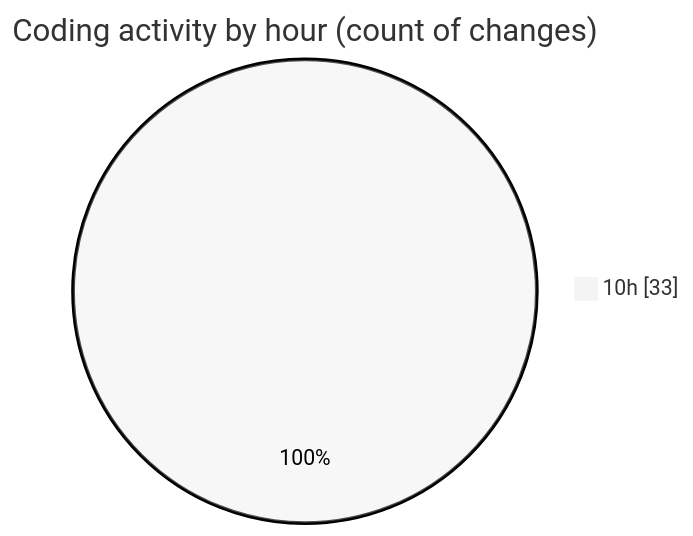
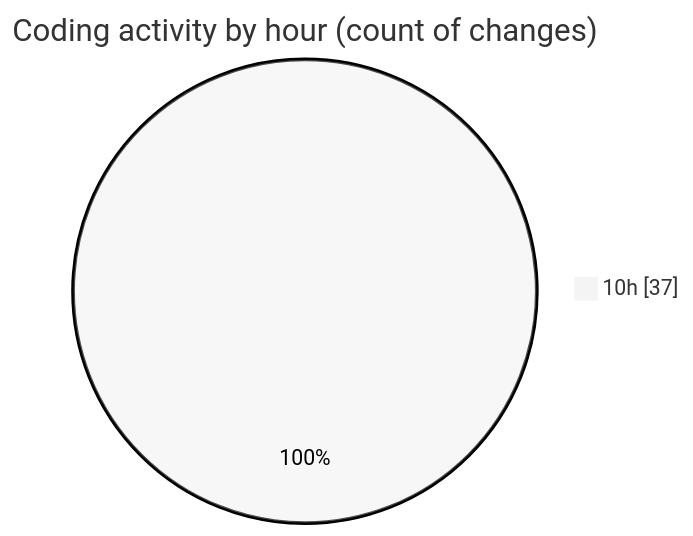
One commit to nxtqubesakshisongat/code-tracking changed the second of 2 diagrams in 2025-08-04/nxtqube_webapp/README.md. Above: the diagram before and after it, drawn with Mermaid (neutral theme). The commit also changed other lines of this file and 1 other file, not shown here.

````diff
--- a/2025-08-04/nxtqube_webapp/README.md
+++ b/2025-08-04/nxtqube_webapp/README.md
@@ -32,5 +32,5 @@
 ```mermaid
 pie showData
 title Coding activity by hour (count of changes)
-"10h" : 33
+"10h" : 37
 ```
````
